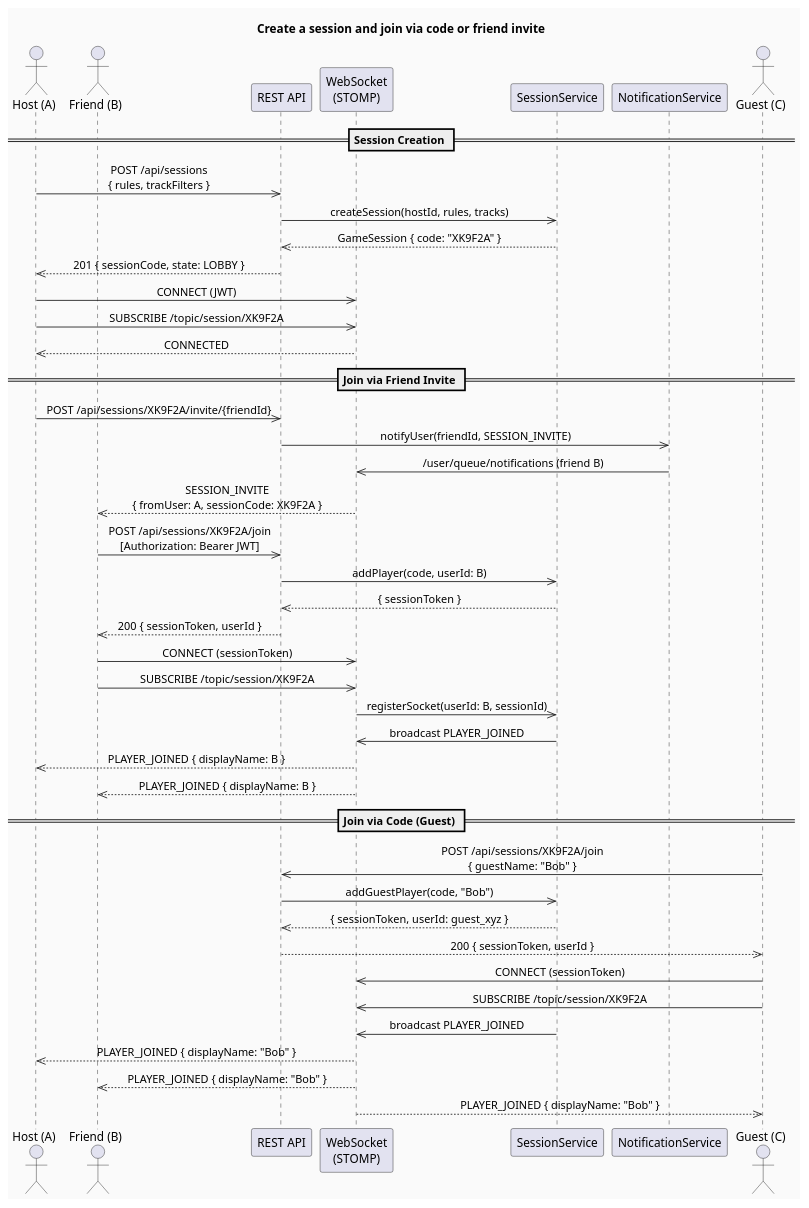
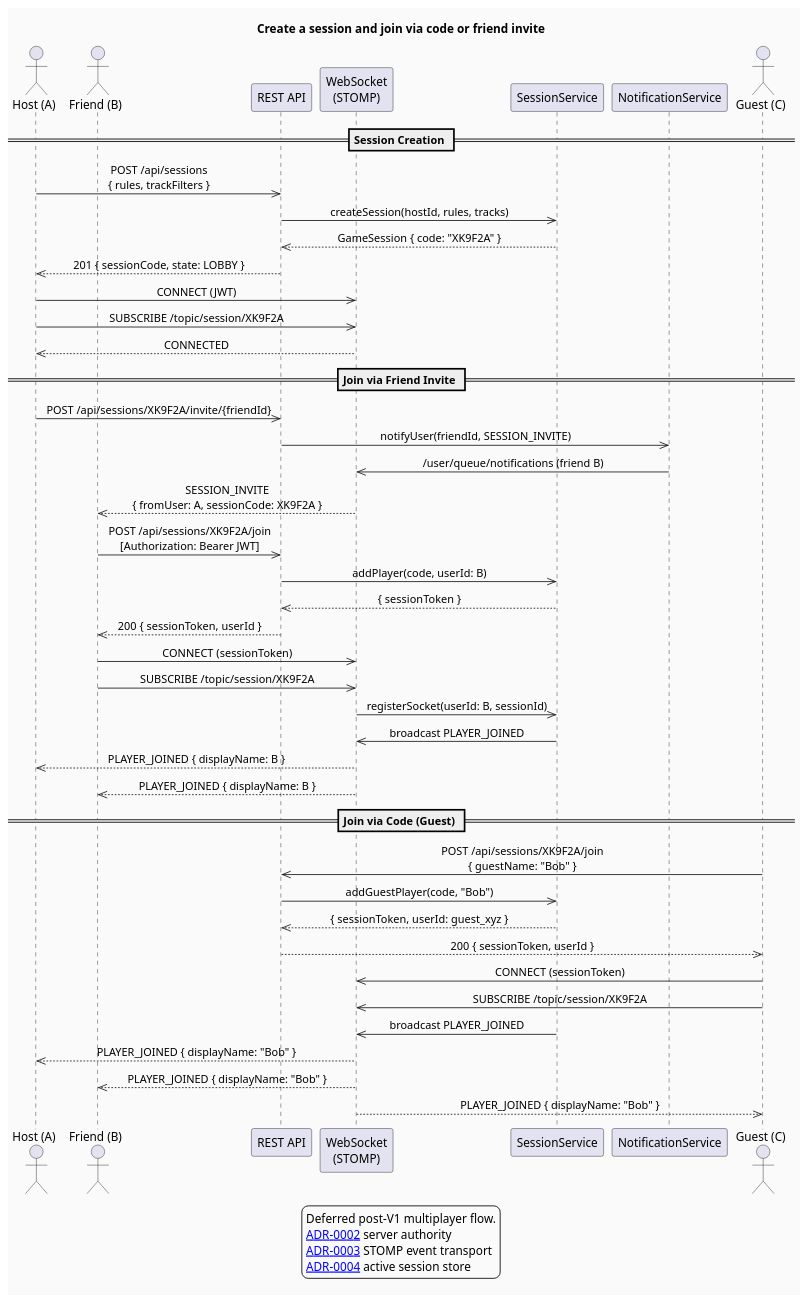
The first of 5 diagrams in docs/diagrams/04-sequences.puml (CyprienJ/blindTest), drawn with PlantUML before and after one commit. The commit also changed other lines of this file and 12 other files, not shown here.

Commit message:
FND-06 — Record core architecture decisions

```diff
--- a/docs/diagrams/04-sequences.puml
+++ b/docs/diagrams/04-sequences.puml
@@ -1,58 +1,67 @@
 @startuml Sequence - Create and Join a Session
+' Deferred multiplayer scenario. ADR-0002, ADR-0003, and ADR-0004 govern the
+' server-authoritative state, STOMP transport, and replaceable active store.
 title Create a session and join via code or friend invite
 skinparam backgroundColor #FAFAFA
 skinparam sequenceMessageAlign center
 
 actor "Host (A)" as host
 actor "Friend (B)" as friend
 participant "REST API" as rest
 participant "WebSocket\n(STOMP)" as ws
 participant "SessionService" as ss
 participant "NotificationService" as ns
+
+legend bottom
+  Deferred post-V1 multiplayer flow.
+  [[../adr/0002-server-authoritative-sessions.md ADR-0002]] server authority
+  [[../adr/0003-stomp-for-game-events-from-v1.md ADR-0003]] STOMP event transport
+  [[../adr/0004-in-memory-session-store.md ADR-0004]] active session store
+endlegend
 
 == Session Creation ==
 
 host ->> rest : POST /api/sessions\n{ rules, trackFilters }
 rest ->> ss : createSession(hostId, rules, tracks)
 ss -->> rest : GameSession { code: "XK9F2A" }
 rest -->> host : 201 { sessionCode, state: LOBBY }
 
 host ->> ws : CONNECT (JWT)
 host ->> ws : SUBSCRIBE /topic/session/XK9F2A
 ws -->> host : CONNECTED
 
 == Join via Friend Invite ==
 
 host ->> rest : POST /api/sessions/XK9F2A/invite/{friendId}
 rest ->> ns : notifyUser(friendId, SESSION_INVITE)
 ns ->> ws : /user/queue/notifications (friend B)
 ws -->> friend : SESSION_INVITE\n{ fromUser: A, sessionCode: XK9F2A }
 
 friend ->> rest : POST /api/sessions/XK9F2A/join\n[Authorization: Bearer JWT]
 rest ->> ss : addPlayer(code, userId: B)
 ss -->> rest : { sessionToken }
 rest -->> friend : 200 { sessionToken, userId }
 
 friend ->> ws : CONNECT (sessionToken)
 friend ->> ws : SUBSCRIBE /topic/session/XK9F2A
 ws ->> ss : registerSocket(userId: B, sessionId)
 ss ->> ws : broadcast PLAYER_JOINED
 ws -->> host : PLAYER_JOINED { displayName: B }
 ws -->> friend : PLAYER_JOINED { displayName: B }
 
 == Join via Code (Guest) ==
 
 actor "Guest (C)" as guest
 guest ->> rest : POST /api/sessions/XK9F2A/join\n{ guestName: "Bob" }
 rest ->> ss : addGuestPlayer(code, "Bob")
 ss -->> rest : { sessionToken, userId: guest_xyz }
 rest -->> guest : 200 { sessionToken, userId }
 
 guest ->> ws : CONNECT (sessionToken)
 guest ->> ws : SUBSCRIBE /topic/session/XK9F2A
 ss ->> ws : broadcast PLAYER_JOINED
 ws -->> host : PLAYER_JOINED { displayName: "Bob" }
 ws -->> friend : PLAYER_JOINED { displayName: "Bob" }
 ws -->> guest : PLAYER_JOINED { displayName: "Bob" }
 
 @enduml
```
